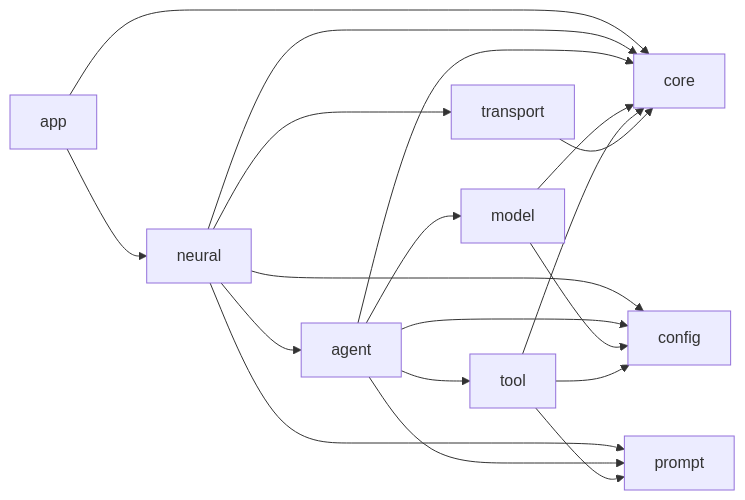
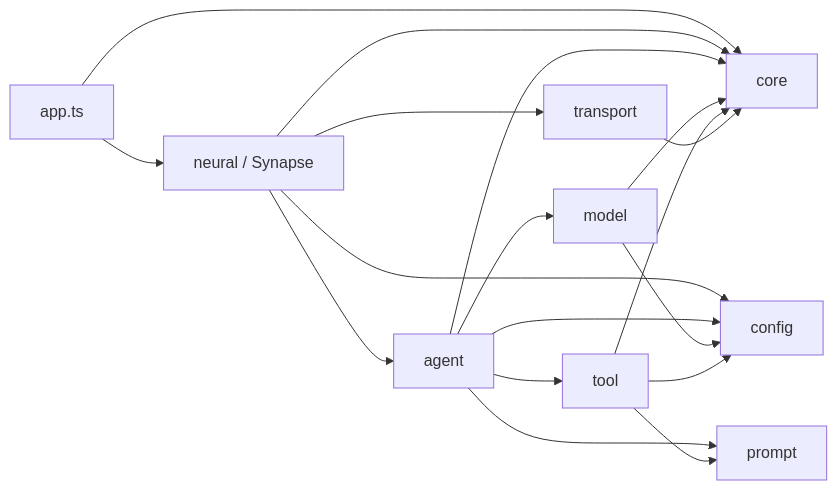
The first of 3 diagrams in docs/architecture.md (flyflor/flyflor), drawn with Mermaid before and after one commit. The commit also changed other lines of this file and 91 other files, not shown here.

````diff
--- a/docs/architecture.md
+++ b/docs/architecture.md
@@ -16,23 +27,22 @@
 ```mermaid
 flowchart LR
-    App[app] --> Neural[neural]
-    Neural --> Agent[agent]
-    Neural --> Transport[transport]
-    Agent --> Model[model]
-    Agent --> Tool[tool]
+    App["app.ts"] --> Neural["neural / Synapse"]
+    Neural --> Agent["agent"]
+    Neural --> Transport["transport"]
+    Agent --> Model["model"]
+    Agent --> Tool["tool"]
 
-    App --> Core[core]
+    App --> Core["core"]
     Neural --> Core
     Agent --> Core
     Model --> Core
     Tool --> Core
     Transport --> Core
 
-    Neural --> Config[config]
+    Neural --> Config["config"]
     Agent --> Config
     Model --> Config
     Tool --> Config
-    Neural --> Prompt[prompt]
-    Agent --> Prompt
+    Agent --> Prompt["prompt"]
     Tool --> Prompt
 ```
````
